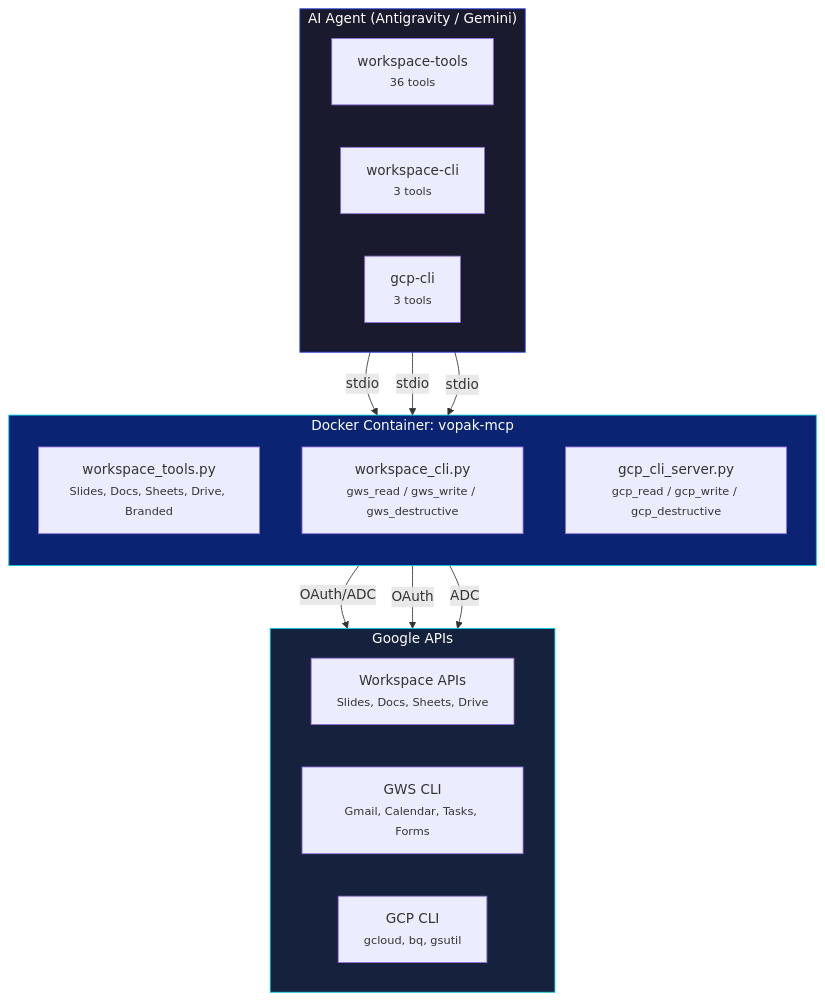
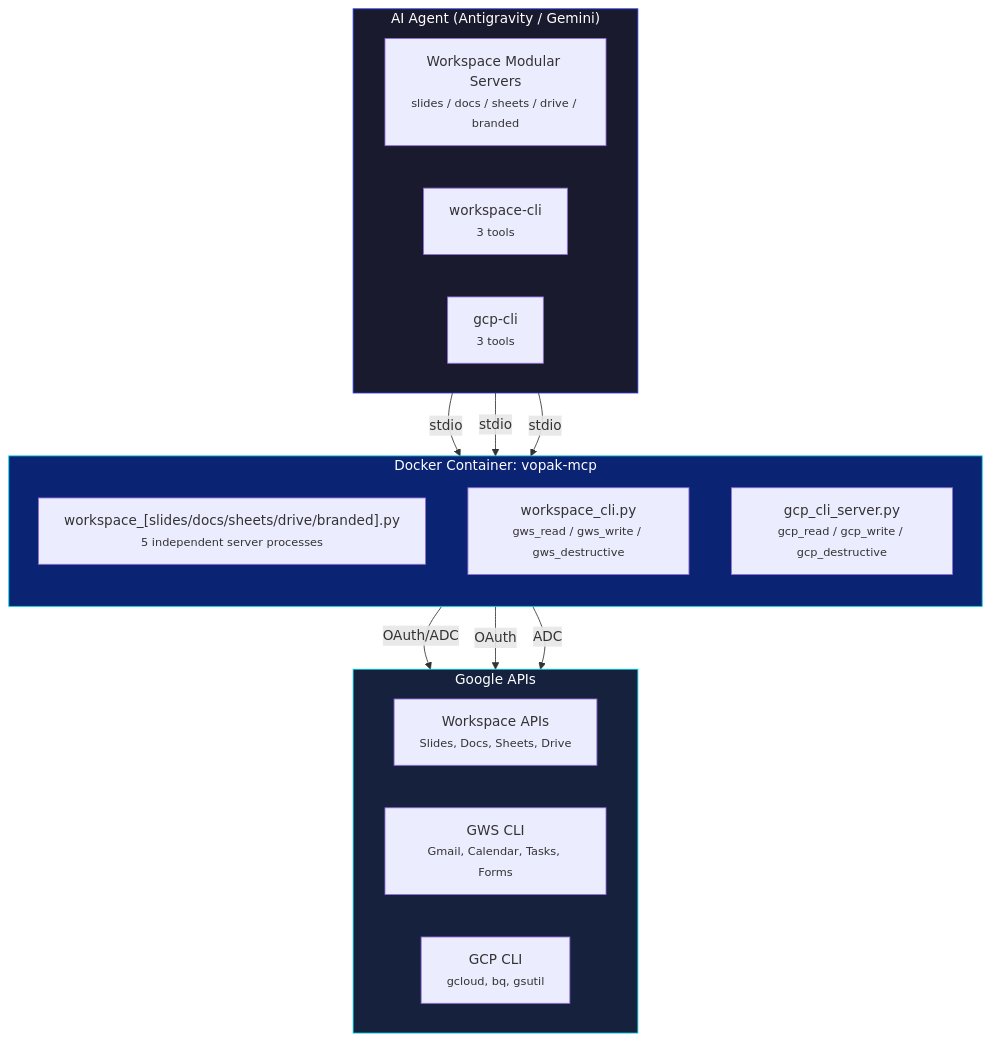
Before and after one commit to patriciosantamaria/vopak-workspace-mcp: the diagram in README.md, drawn with Mermaid. The commit also changed other lines of this file and 60 other files, not shown here.

````diff
--- a/README.md
+++ b/README.md
@@ -36,35 +40,35 @@
 ```mermaid
 graph TB
     subgraph Agent["AI Agent (Antigravity / Gemini)"]
         direction LR
-        A1["workspace-tools<br/><small>36 tools</small>"]
+        A1["Workspace Modular Servers<br/><small>slides / docs / sheets / drive / branded</small>"]
         A2["workspace-cli<br/><small>3 tools</small>"]
         A3["gcp-cli<br/><small>3 tools</small>"]
     end
 
     subgraph Docker["Docker Container: vopak-mcp"]
         direction TB
-        S1["workspace_tools.py<br/><small>Slides, Docs, Sheets, Drive, Branded</small>"]
+        S1["workspace_[slides/docs/sheets/drive/branded].py<br/><small>5 independent server processes</small>"]
         S2["workspace_cli.py<br/><small>gws_read / gws_write / gws_destructive</small>"]
         S3["gcp_cli_server.py<br/><small>gcp_read / gcp_write / gcp_destructive</small>"]
     end
 
     subgraph APIs["Google APIs"]
         direction LR
         WS["Workspace APIs<br/><small>Slides, Docs, Sheets, Drive</small>"]
         CLI["GWS CLI<br/><small>Gmail, Calendar, Tasks, Forms</small>"]
         GCP["GCP CLI<br/><small>gcloud, bq, gsutil</small>"]
     end
 
     A1 -->|stdio| S1
     A2 -->|stdio| S2
     A3 -->|stdio| S3
 
     S1 -->|OAuth/ADC| WS
     S2 -->|OAuth| CLI
     S3 -->|ADC| GCP
 
     style Docker fill:#0a2373,stroke:#00cfe1,color:#fff
     style Agent fill:#1a1a2e,stroke:#283ce1,color:#fff
     style APIs fill:#16213e,stroke:#00cfe1,color:#fff
 ```
````
